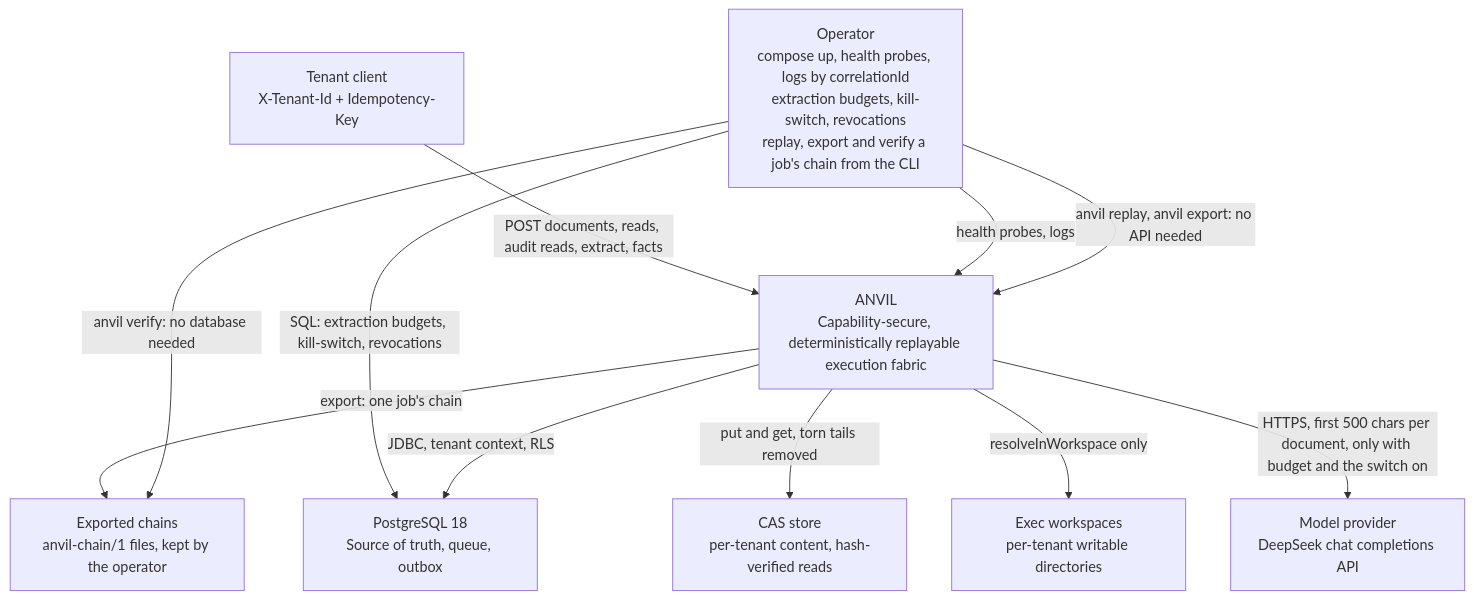
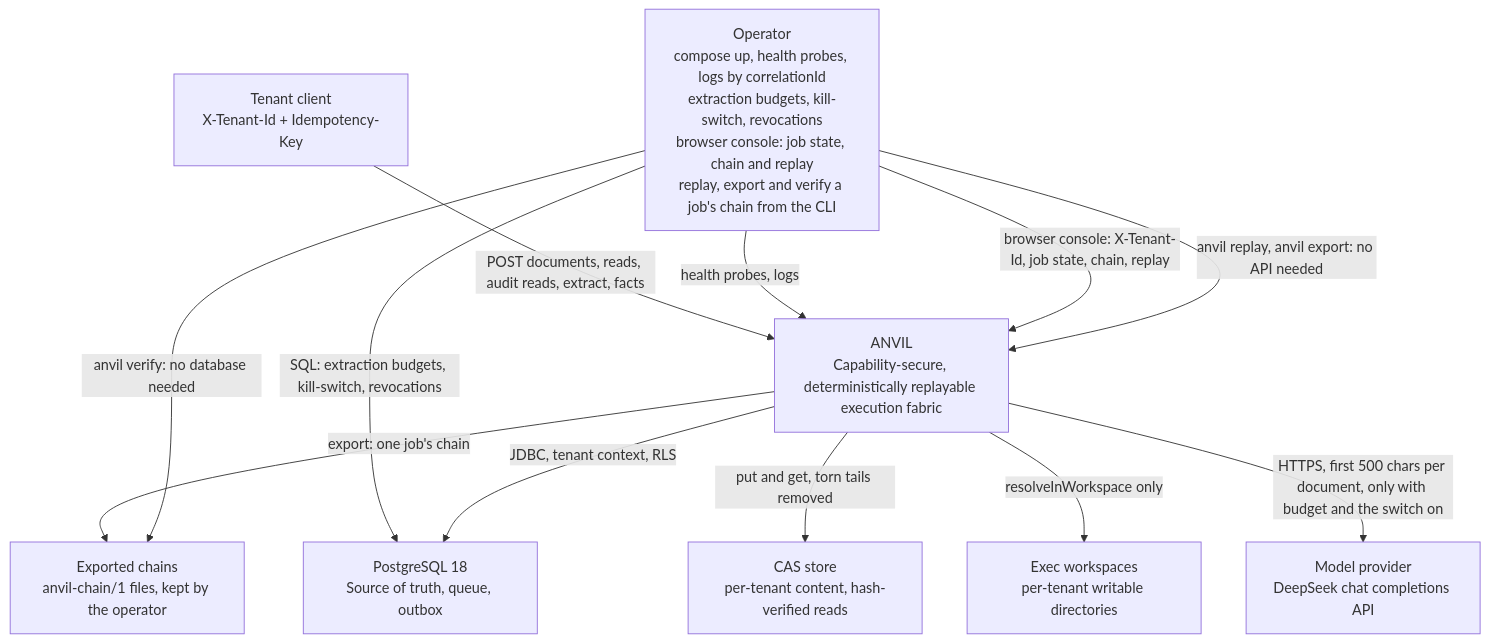
Before and after one commit to G1DO/anvil: the diagram in docs/architecture/context.mmd, drawn with Mermaid. The commit also changed 14 other files, not shown here.

First line of the commit message:
Add the operator console for jobs and replay (#77)

```diff
--- a/docs/architecture/context.mmd
+++ b/docs/architecture/context.mmd
@@ -1,19 +1,20 @@
 flowchart TB
     tenantClient["Tenant client<br/>X-Tenant-Id + Idempotency-Key"]
-    operator["Operator<br/>compose up, health probes, logs by correlationId<br/>extraction budgets, kill-switch, revocations<br/>replay, export and verify a job's chain from the CLI"]
+    operator["Operator<br/>compose up, health probes, logs by correlationId<br/>extraction budgets, kill-switch, revocations<br/>browser console: job state, chain and replay<br/>replay, export and verify a job's chain from the CLI"]
     anvil["ANVIL<br/>Capability-secure, deterministically replayable execution fabric"]
     postgres["PostgreSQL 18<br/>Source of truth, queue, outbox"]
     casStore["CAS store<br/>per-tenant content, hash-verified reads"]
     execWorkspaces["Exec workspaces<br/>per-tenant writable directories"]
     llm["Model provider<br/>DeepSeek chat completions API"]
     exports["Exported chains<br/>anvil-chain/1 files, kept by the operator"]
     tenantClient -->|POST documents, reads, audit reads, extract, facts| anvil
     operator -->|health probes, logs| anvil
+    operator -->|"browser console: X-Tenant-Id, job state, chain, replay"| anvil
     operator -->|SQL: extraction budgets, kill-switch, revocations| postgres
     operator -->|"anvil replay, anvil export: no API needed"| anvil
     anvil -->|"export: one job's chain"| exports
     operator -->|"anvil verify: no database needed"| exports
     anvil -->|JDBC, tenant context, RLS| postgres
     anvil -->|put and get, torn tails removed| casStore
     anvil -->|resolveInWorkspace only| execWorkspaces
     anvil -->|HTTPS, first 500 chars per document, only with budget and the switch on| llm
```
